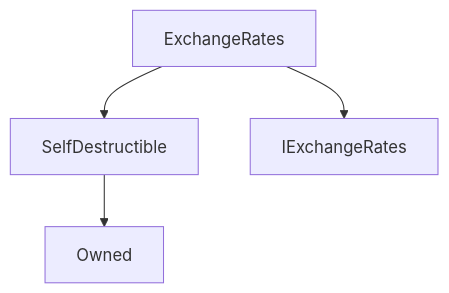
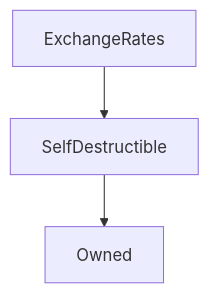
Before and after one commit to Synthetixio/synthetix-docs: the diagram in content/contracts/ExchangeRates.md, drawn with Mermaid. The commit also changed 46 other files, not shown here.

````diff
--- a/content/contracts/ExchangeRates.md
+++ b/content/contracts/ExchangeRates.md
@@ -9,6 +9,5 @@
 ```mermaid
 graph TD
     ExchangeRates[ExchangeRates] --> SelfDestructible[SelfDestructible]
-    ExchangeRates[ExchangeRates] --> IExchangeRates[IExchangeRates]
     SelfDestructible[SelfDestructible] --> Owned[Owned]
 ```
````
